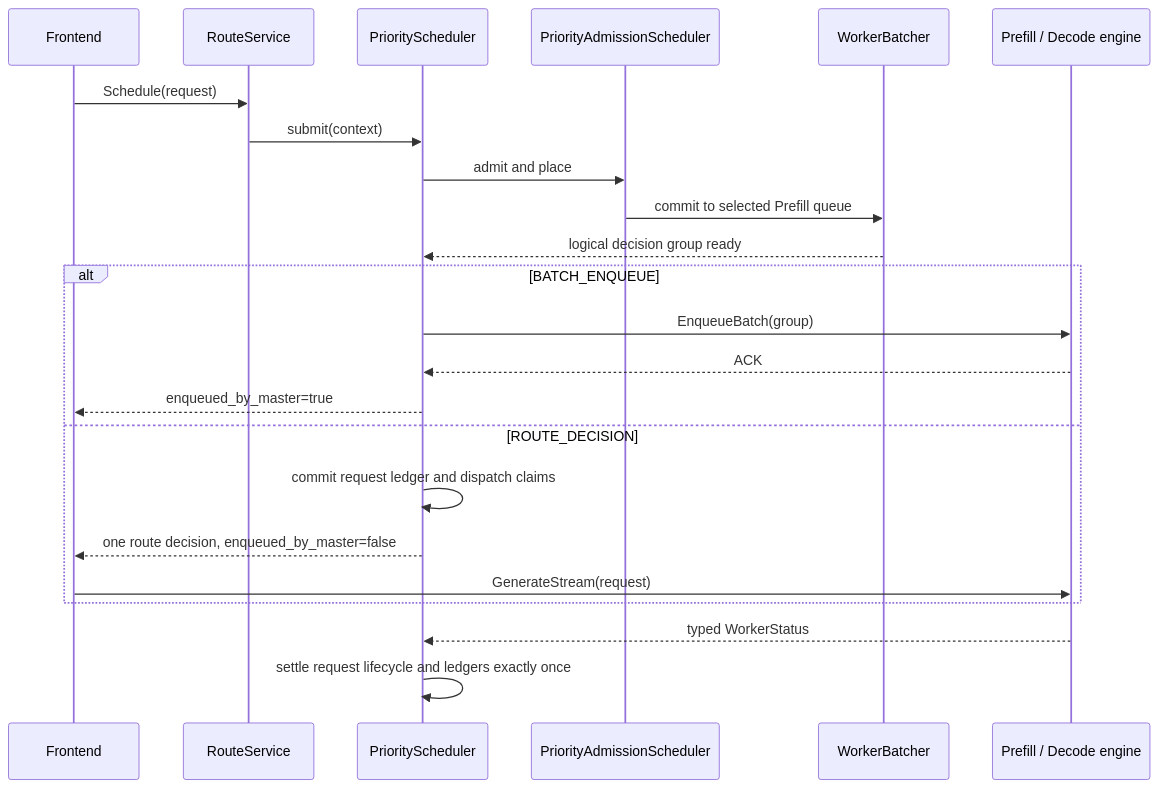
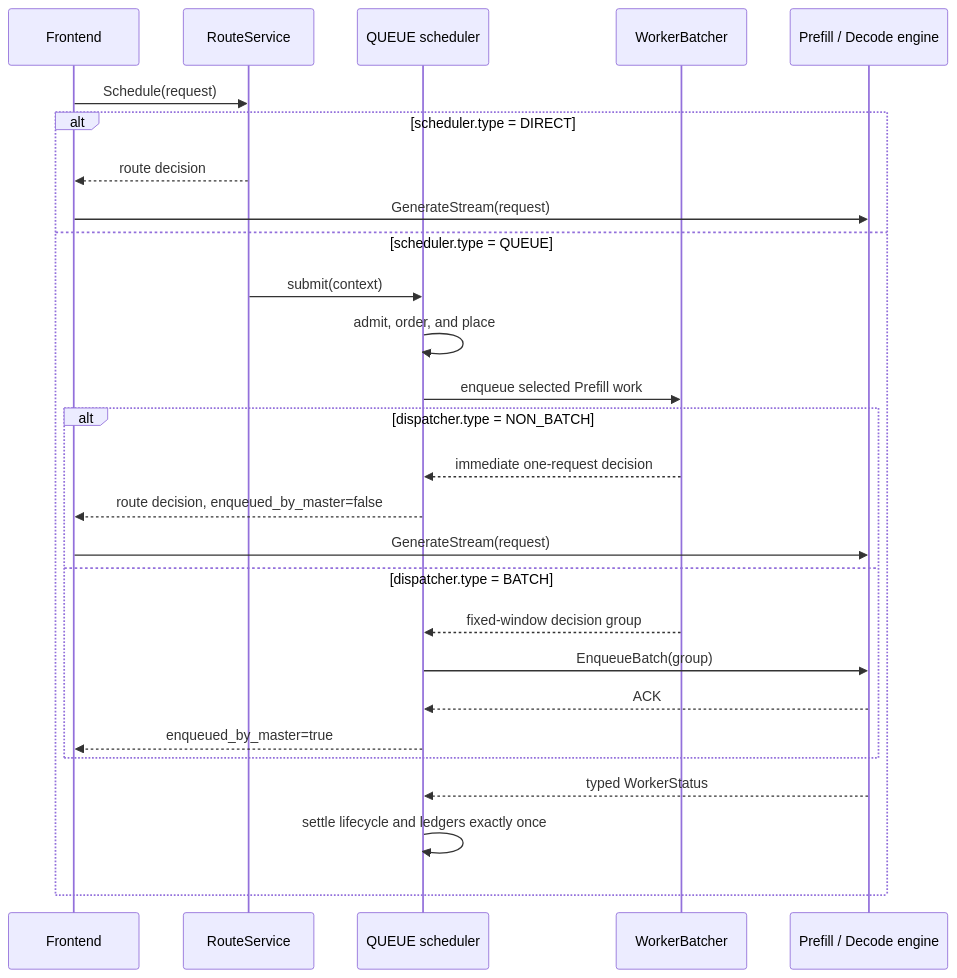
Before and after one commit to alibaba/rtp-llm: the second of 2 diagrams in rtp_llm/flexlb/docs/priority-scheduler-delivery-modes.md, drawn with Mermaid. The commit also changed other lines of this file and 260 other files, not shown here.

````diff
--- a/rtp_llm/flexlb/docs/priority-scheduler-delivery-modes.md
+++ b/rtp_llm/flexlb/docs/priority-scheduler-delivery-modes.md
@@ -82,26 +64,30 @@
 ```mermaid
 sequenceDiagram
     participant F as Frontend
     participant R as RouteService
-    participant P as PriorityScheduler
-    participant A as PriorityAdmissionScheduler
+    participant S as QUEUE scheduler
     participant W as WorkerBatcher
     participant E as Prefill / Decode engine
 
     F->>R: Schedule(request)
-    R->>P: submit(context)
-    P->>A: admit and place
-    A->>W: commit to selected Prefill queue
-    W-->>P: logical decision group ready
-    alt BATCH_ENQUEUE
-        P->>E: EnqueueBatch(group)
-        E-->>P: ACK
-        P-->>F: enqueued_by_master=true
-    else ROUTE_DECISION
-        P->>P: commit request ledger and dispatch claims
-        P-->>F: one route decision, enqueued_by_master=false
+    alt scheduler.type = DIRECT
+        R-->>F: route decision
         F->>E: GenerateStream(request)
+    else scheduler.type = QUEUE
+        R->>S: submit(context)
+        S->>S: admit, order, and place
+        S->>W: enqueue selected Prefill work
+        alt dispatcher.type = NON_BATCH
+            W-->>S: immediate one-request decision
+            S-->>F: route decision, enqueued_by_master=false
+            F->>E: GenerateStream(request)
+        else dispatcher.type = BATCH
+            W-->>S: fixed-window decision group
+            S->>E: EnqueueBatch(group)
+            E-->>S: ACK
+            S-->>F: enqueued_by_master=true
+        end
+        E-->>S: typed WorkerStatus
+        S->>S: settle lifecycle and ledgers exactly once
     end
-    E-->>P: typed WorkerStatus
-    P->>P: settle request lifecycle and ledgers exactly once
 ```
````
